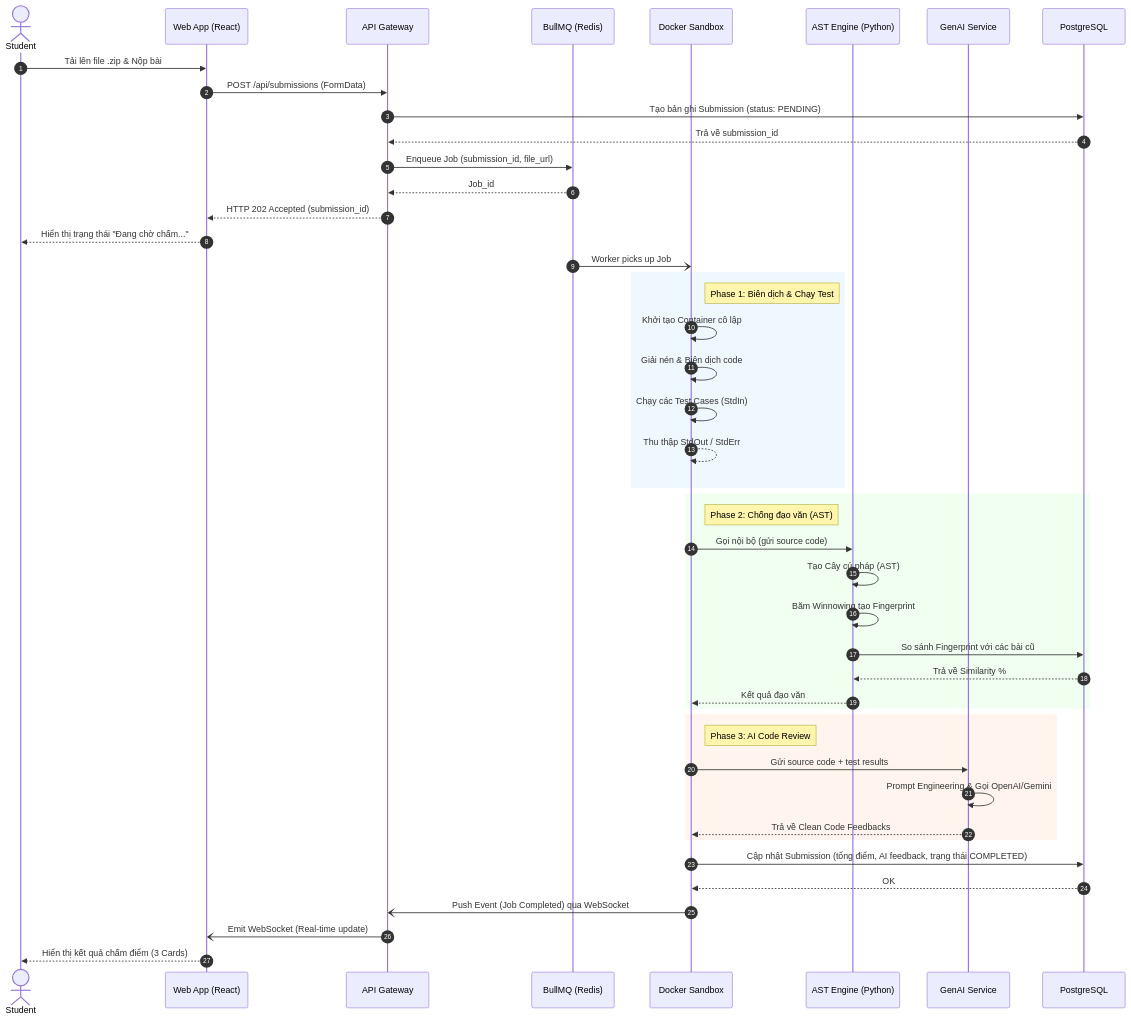
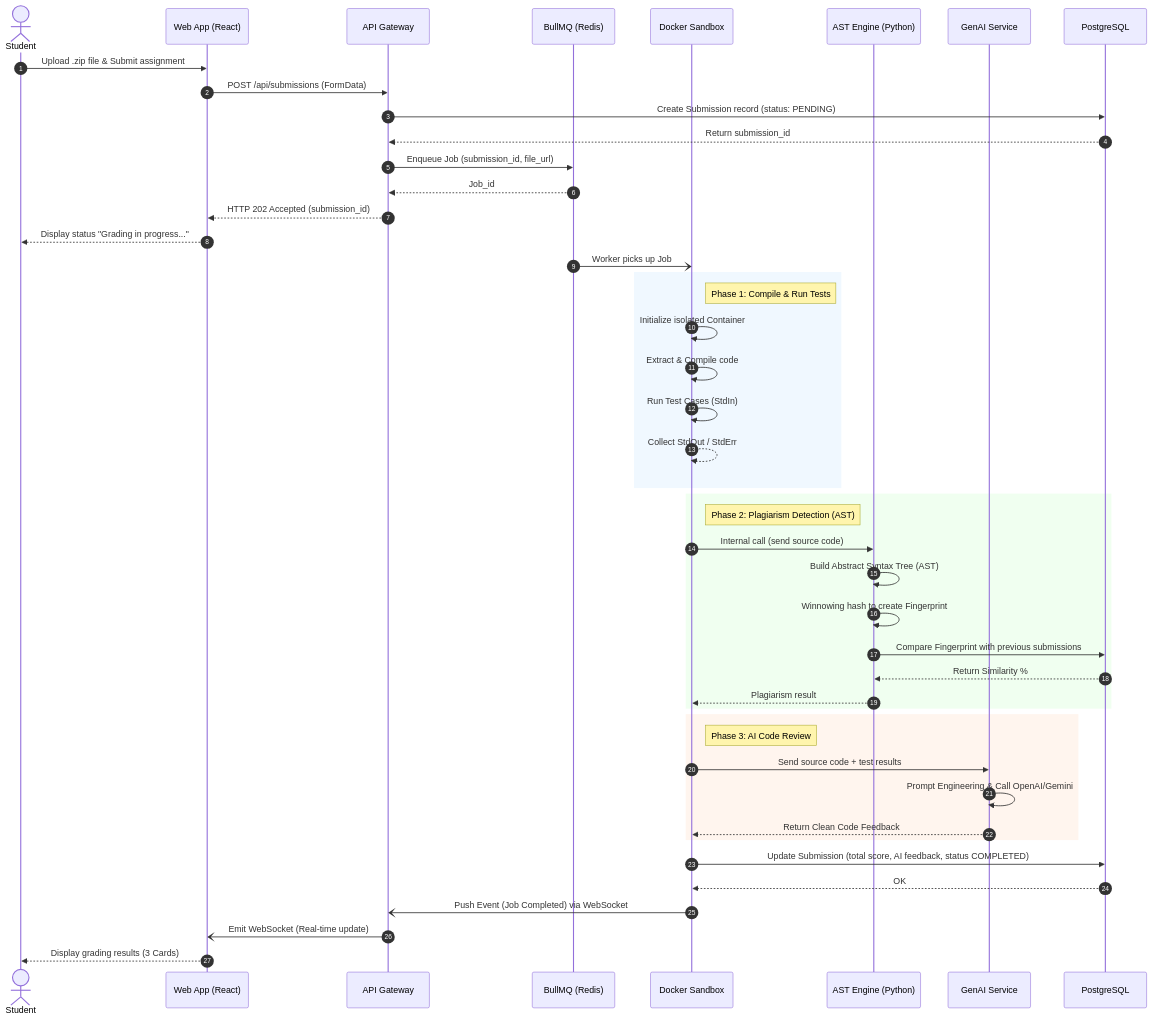
One commit to qucthih/SWP391_Group3 changed the fifth of 9 diagrams in docs/01_SRS/AITA_SRS_Document.md. Above: the diagram before and after it, drawn with Mermaid. The commit also changed other lines of this file and 9 other files, not shown here.

````diff
--- a/docs/01_SRS/AITA_SRS_Document.md
+++ b/docs/01_SRS/AITA_SRS_Document.md
@@ -350,57 +350,57 @@
 ```mermaid
 sequenceDiagram
     autonumber
     actor Student
     participant WebApp as Web App (React)
     participant Gateway as API Gateway
     participant Redis as BullMQ (Redis)
     participant Sandbox as Docker Sandbox
     participant AST as AST Engine (Python)
     participant AI as GenAI Service
     participant DB as PostgreSQL
 
-    Student->>WebApp: Tải lên file .zip & Nộp bài
+    Student->>WebApp: Upload .zip file & Submit assignment
     WebApp->>Gateway: POST /api/submissions (FormData)
     
-    Gateway->>DB: Tạo bản ghi Submission (status: PENDING)
-    DB-->>Gateway: Trả về submission_id
+    Gateway->>DB: Create Submission record (status: PENDING)
+    DB-->>Gateway: Return submission_id
     
     Gateway->>Redis: Enqueue Job (submission_id, file_url)
     Redis-->>Gateway: Job_id
     Gateway-->>WebApp: HTTP 202 Accepted (submission_id)
-    WebApp-->>Student: Hiển thị trạng thái "Đang chờ chấm..."
+    WebApp-->>Student: Display status "Grading in progress..."
 
     Redis-)Sandbox: Worker picks up Job
     
     rect rgb(240, 248, 255)
-        note right of Sandbox: Phase 1: Biên dịch & Chạy Test
-        Sandbox->>Sandbox: Khởi tạo Container cô lập
-        Sandbox->>Sandbox: Giải nén & Biên dịch code
-        Sandbox->>Sandbox: Chạy các Test Cases (StdIn)
-        Sandbox-->>Sandbox: Thu thập StdOut / StdErr
+        note right of Sandbox: Phase 1: Compile & Run Tests
+        Sandbox->>Sandbox: Initialize isolated Container
+        Sandbox->>Sandbox: Extract & Compile code
+        Sandbox->>Sandbox: Run Test Cases (StdIn)
+        Sandbox-->>Sandbox: Collect StdOut / StdErr
     end
 
     rect rgb(240, 255, 240)
-        note right of Sandbox: Phase 2: Chống đạo văn (AST)
-        Sandbox->>AST: Gọi nội bộ (gửi source code)
-        AST->>AST: Tạo Cây cú pháp (AST)
-        AST->>AST: Băm Winnowing tạo Fingerprint
-        AST->>DB: So sánh Fingerprint với các bài cũ
-        DB-->>AST: Trả về Similarity %
-        AST-->>Sandbox: Kết quả đạo văn
+        note right of Sandbox: Phase 2: Plagiarism Detection (AST)
+        Sandbox->>AST: Internal call (send source code)
+        AST->>AST: Build Abstract Syntax Tree (AST)
+        AST->>AST: Winnowing hash to create Fingerprint
+        AST->>DB: Compare Fingerprint with previous submissions
+        DB-->>AST: Return Similarity %
+        AST-->>Sandbox: Plagiarism result
     end
 
     rect rgb(255, 245, 238)
         note right of Sandbox: Phase 3: AI Code Review
-        Sandbox->>AI: Gửi source code + test results
-        AI->>AI: Prompt Engineering & Gọi OpenAI/Gemini
-        AI-->>Sandbox: Trả về Clean Code Feedbacks
+        Sandbox->>AI: Send source code + test results
+        AI->>AI: Prompt Engineering & Call OpenAI/Gemini
+        AI-->>Sandbox: Return Clean Code Feedback
     end
 
-    Sandbox->>DB: Cập nhật Submission (tổng điểm, AI feedback, trạng thái COMPLETED)
+    Sandbox->>DB: Update Submission (total score, AI feedback, status COMPLETED)
     DB-->>Sandbox: OK
     
-    Sandbox-)Gateway: Push Event (Job Completed) qua WebSocket
+    Sandbox-)Gateway: Push Event (Job Completed) via WebSocket
     Gateway-)WebApp: Emit WebSocket (Real-time update)
-    WebApp-->>Student: Hiển thị kết quả chấm điểm (3 Cards)
+    WebApp-->>Student: Display grading results (3 Cards)
 ```
````
